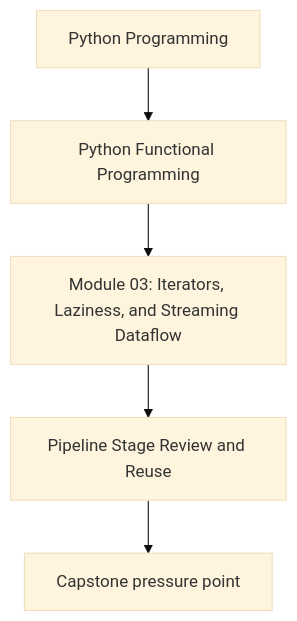
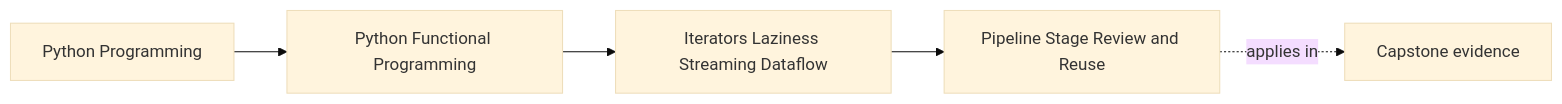
The first of 2 diagrams in programs/python-programming/python-functional-programming/course-book/module-03-iterators-laziness-streaming-dataflow/pipeline-stage-review-and-reuse.md (bijux/bijux-masterclass), drawn with Mermaid (base theme) before and after one commit. The commit also changed other lines of this file and 73 other files, not shown here.

Commit message:
docs(python-functional-programming): map orientation through streaming foundations

````diff
--- a/programs/python-programming/python-functional-programming/course-book/module-03-iterators-laziness-streaming-dataflow/pipeline-stage-review-and-reuse.md
+++ b/programs/python-programming/python-functional-programming/course-book/module-03-iterators-laziness-streaming-dataflow/pipeline-stage-review-and-reuse.md
@@ -7,7 +7,11 @@
 ```mermaid
-flowchart TD
-  family["Python Programming"] --> program["Python Functional Programming"]
-  program --> module["Module 03: Iterators, Laziness, and Streaming Dataflow"]
-  module --> concept["Pipeline Stage Review and Reuse"]
-  concept --> capstone["Capstone pressure point"]
+graph LR
+  family["Python Programming"]
+  program["Python Functional Programming"]
+  section["Iterators Laziness Streaming Dataflow"]
+  page["Pipeline Stage Review and Reuse"]
+  capstone["Capstone evidence"]
+
+  family --> program --> section --> page
+  page -.applies in.-> capstone
 ```
````
